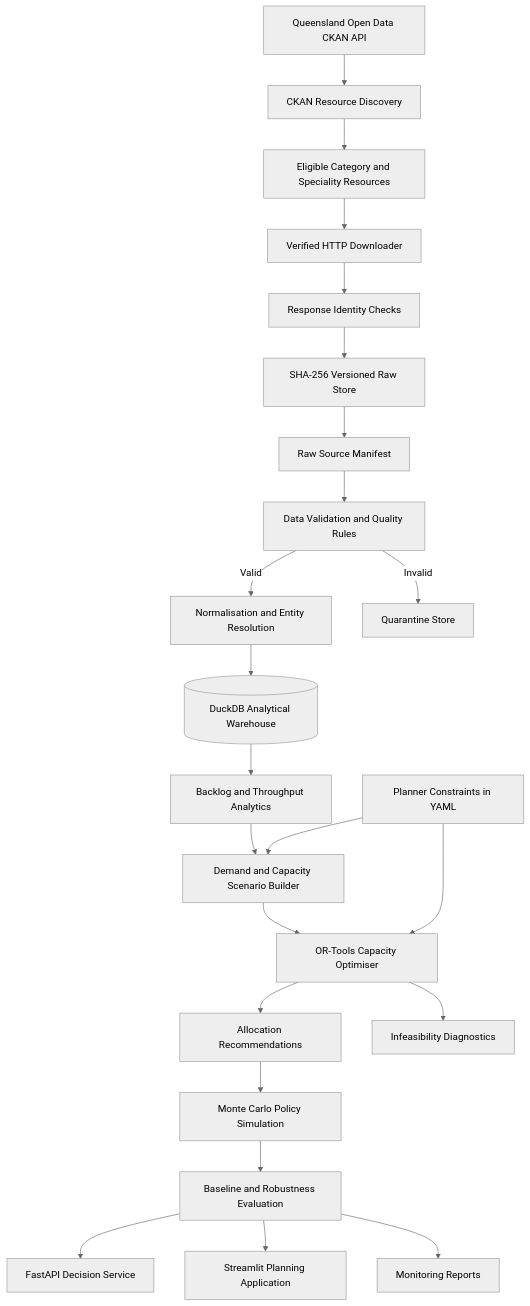
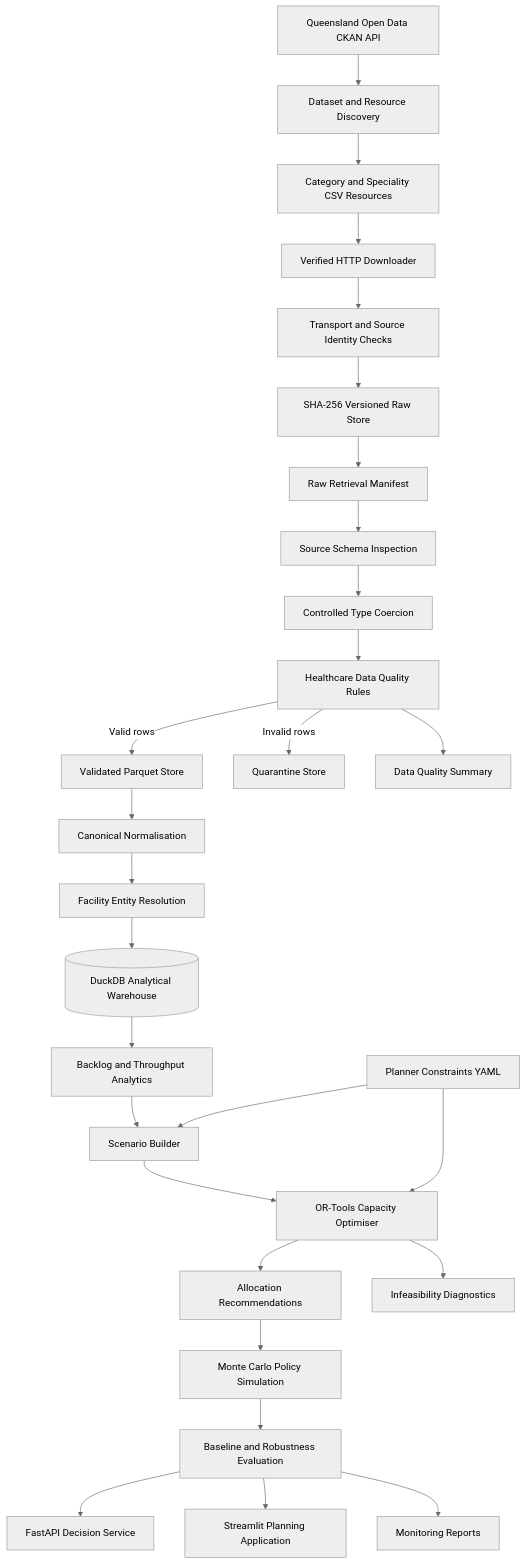
Before and after one commit to khalili-samani/projects: the diagram in qld-elective-surgery-optimiser/README.md, drawn with Mermaid (neutral theme). The commit also changed other lines of this file, not shown here.

First line of the commit message:
docs: update README for data validation and quarantine phase

````diff
--- a/qld-elective-surgery-optimiser/README.md
+++ b/qld-elective-surgery-optimiser/README.md
@@ -220,32 +259,52 @@
-```mermaid
+```mermaid id="2g3hjq"
 flowchart TD
-    A[Queensland Open Data CKAN API] --> B[CKAN Resource Discovery]
-    B --> C[Eligible Category and Speciality Resources]
+    A[Queensland Open Data CKAN API] --> B[Dataset and Resource Discovery]
+
+    B --> C[Category and Speciality CSV Resources]
 
     C --> D[Verified HTTP Downloader]
-    D --> E[Response Identity Checks]
+
+    D --> E[Transport and Source Identity Checks]
+
     E --> F[SHA-256 Versioned Raw Store]
-    F --> G[Raw Source Manifest]
 
-    G --> H[Data Validation and Quality Rules]
-    H -->|Valid| I[Normalisation and Entity Resolution]
-    H -->|Invalid| J[Quarantine Store]
+    F --> G[Raw Retrieval Manifest]
 
-    I --> K[(DuckDB Analytical Warehouse)]
-    K --> L[Backlog and Throughput Analytics]
-    L --> M[Demand and Capacity Scenario Builder]
+    G --> H[Source Schema Inspection]
 
-    N[Planner Constraints in YAML] --> M
-    N --> O[OR-Tools Capacity Optimiser]
-    M --> O
+    H --> I[Controlled Type Coercion]
 
-    O --> P[Allocation Recommendations]
-    O --> Q[Infeasibility Diagnostics]
+    I --> J[Healthcare Data Quality Rules]
 
-    P --> R[Monte Carlo Policy Simulation]
-    R --> S[Baseline and Robustness Evaluation]
+    J -->|Valid rows| K[Validated Parquet Store]
 
-    S --> T[FastAPI Decision Service]
-    S --> U[Streamlit Planning Application]
-    S --> V[Monitoring Reports]
+    J -->|Invalid rows| L[Quarantine Store]
+
+    J --> M[Data Quality Summary]
+
+    K --> N[Canonical Normalisation]
+
+    N --> O[Facility Entity Resolution]
+
+    O --> P[(DuckDB Analytical Warehouse)]
+
+    P --> Q[Backlog and Throughput Analytics]
+
+    Q --> R[Scenario Builder]
+
+    S[Planner Constraints YAML] --> R
+    S --> T[OR-Tools Capacity Optimiser]
+
+    R --> T
+
+    T --> U[Allocation Recommendations]
+    T --> V[Infeasibility Diagnostics]
+
+    U --> W[Monte Carlo Policy Simulation]
+
+    W --> X[Baseline and Robustness Evaluation]
+
+    X --> Y[FastAPI Decision Service]
+    X --> Z[Streamlit Planning Application]
+    X --> AA[Monitoring Reports]
 ```
````
